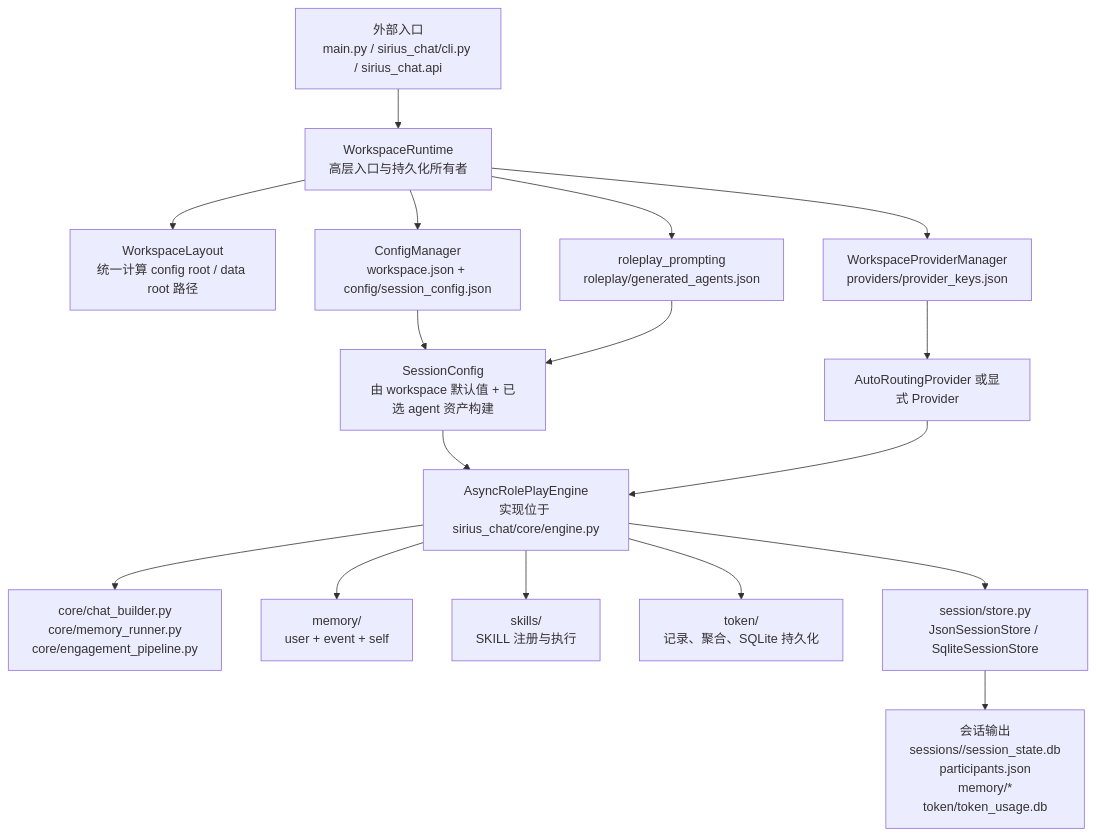
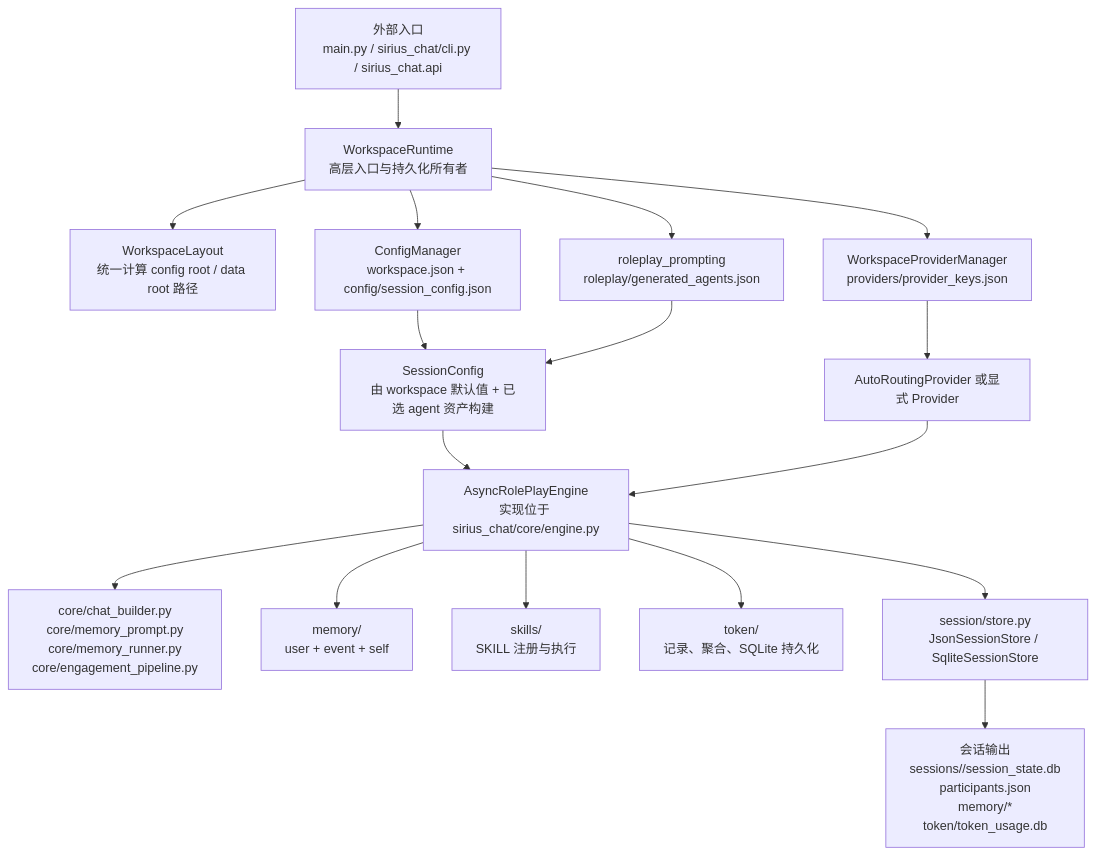
Before and after one commit to Sparrived/SiriusChat: the first of 5 diagrams in docs/full-architecture-flow.md, drawn with Mermaid. The commit also changed other lines of this file and 41 other files, not shown here.

````diff
--- a/docs/full-architecture-flow.md
+++ b/docs/full-architecture-flow.md
@@ -14,21 +14,21 @@
 ```mermaid
 flowchart TD
   Entry["外部入口\nmain.py / sirius_chat/cli.py / sirius_chat.api"] --> Runtime["WorkspaceRuntime\n高层入口与持久化所有者"]
   Runtime --> Layout["WorkspaceLayout\n统一计算 config root / data root 路径"]
   Runtime --> Config["ConfigManager\nworkspace.json + config/session_config.json"]
   Runtime --> ProviderMgr["WorkspaceProviderManager\nproviders/provider_keys.json"]
   Runtime --> Roleplay["roleplay_prompting\nroleplay/generated_agents.json"]
   Config --> SessionCfg["SessionConfig\n由 workspace 默认值 + 已选 agent 资产构建"]
   ProviderMgr --> Provider["AutoRoutingProvider 或显式 Provider"]
   Roleplay --> SessionCfg
   SessionCfg --> Engine["AsyncRolePlayEngine\n实现位于 sirius_chat/core/engine.py"]
   Provider --> Engine
 
-  Engine --> CoreHelpers["core/chat_builder.py\ncore/memory_runner.py\ncore/engagement_pipeline.py"]
+  Engine --> CoreHelpers["core/chat_builder.py\ncore/memory_prompt.py\ncore/memory_runner.py\ncore/engagement_pipeline.py"]
   Engine --> Memory["memory/\nuser + event + self"]
   Engine --> Skills["skills/\nSKILL 注册与执行"]
   Engine --> Token["token/\n记录、聚合、SQLite 持久化"]
   Engine --> SessionStore["session/store.py\nJsonSessionStore / SqliteSessionStore"]
 
   SessionStore --> Outputs["会话输出\nsessions/<session_id>/session_state.db\nparticipants.json\nmemory/*\ntoken/token_usage.db"]
 ```
````
